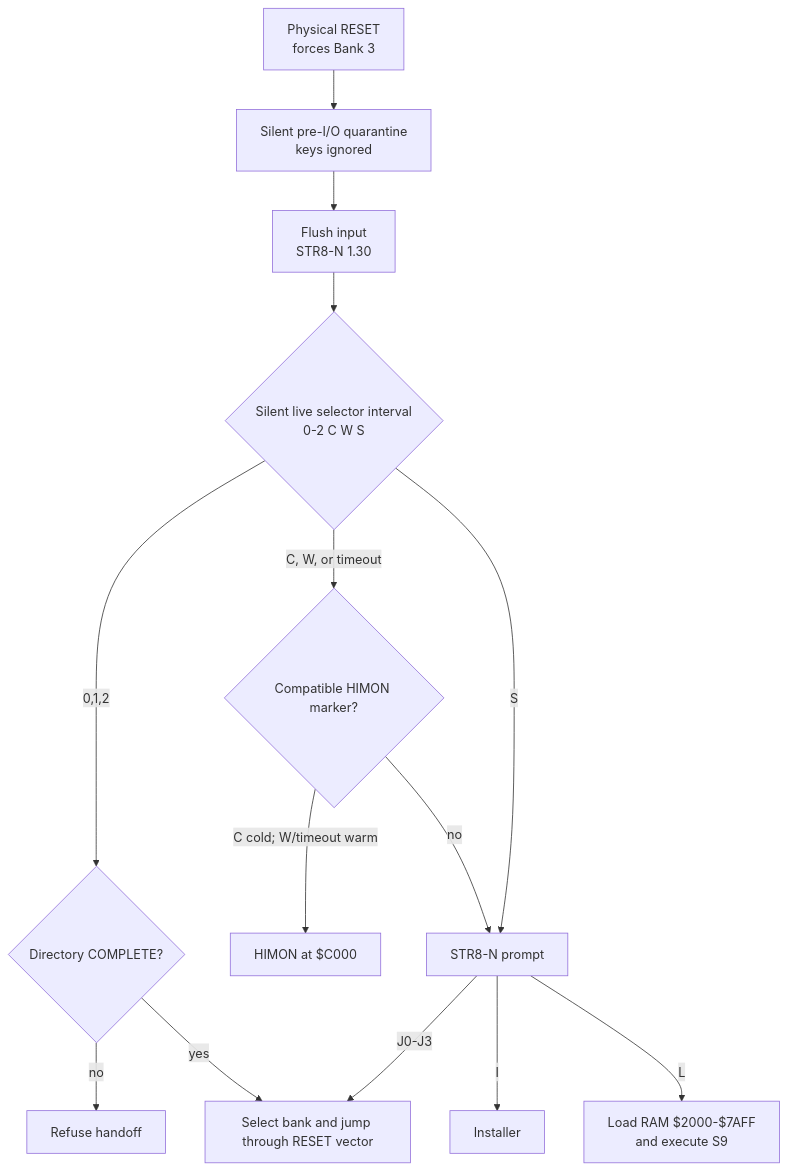
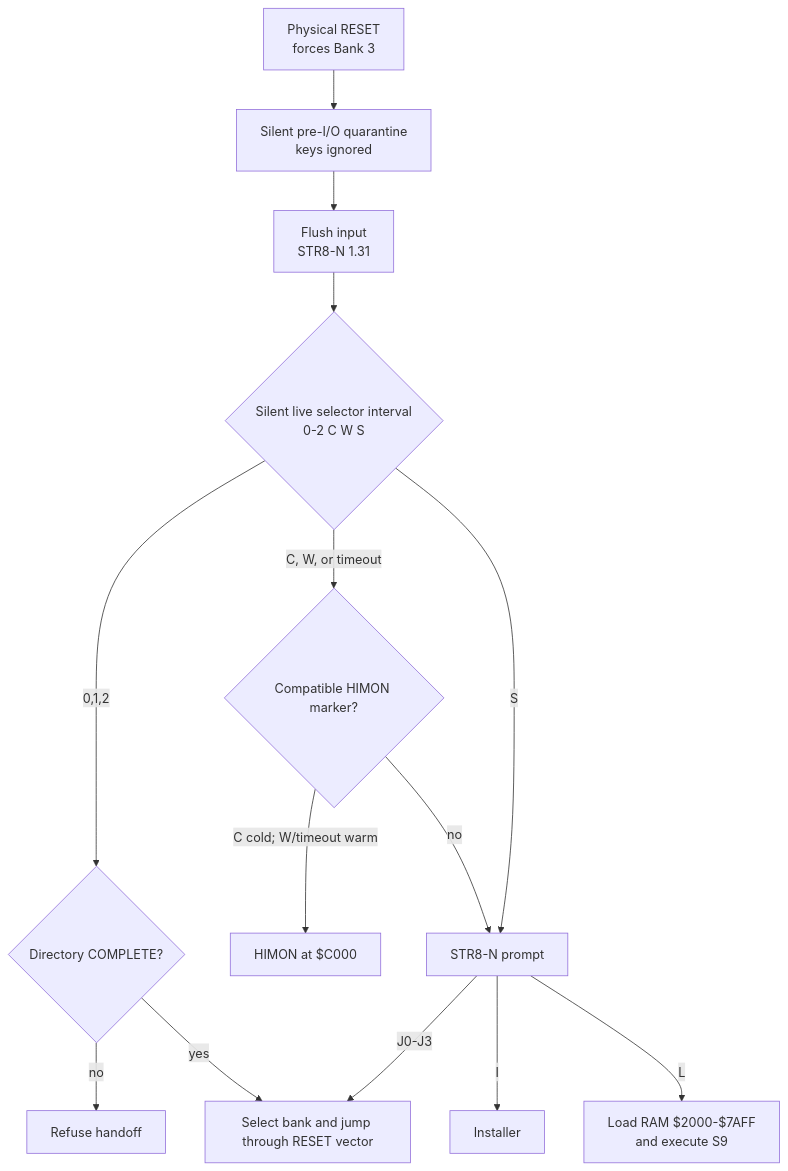
Before and after one commit to 95westus/STR8-N: the fourth of 14 diagrams in docs/MAPS.md, drawn with Mermaid. The commit also changed other lines of this file and 56 other files, not shown here.

````diff
--- a/docs/MAPS.md
+++ b/docs/MAPS.md
@@ -89,16 +89,16 @@
 ```mermaid
 flowchart TD
     R[Physical RESET<br/>forces Bank 3] --> A[Silent pre-I/O quarantine<br/>keys ignored]
-    A --> P[Flush input<br/>STR8-N 1.30]
+    A --> P[Flush input<br/>STR8-N 1.31]
     P --> Q{Silent live selector interval<br/>0-2 C W S}
     Q -->|0,1,2| C{Directory COMPLETE?}
     C -->|no| F[Refuse handoff]
     C -->|yes| J[Select bank and jump through RESET vector]
     Q -->|C, W, or timeout| M{Compatible HIMON marker?}
     M -->|C cold; W/timeout warm| H[HIMON at $C000]
     M -->|no| S[STR8-N prompt]
     Q -->|S| S
     S -->|J0-J3| J
     S -->|I| I[Installer]
     S -->|L| L[Load RAM $2000-$7AFF<br/>and execute S9]
 ```
````
